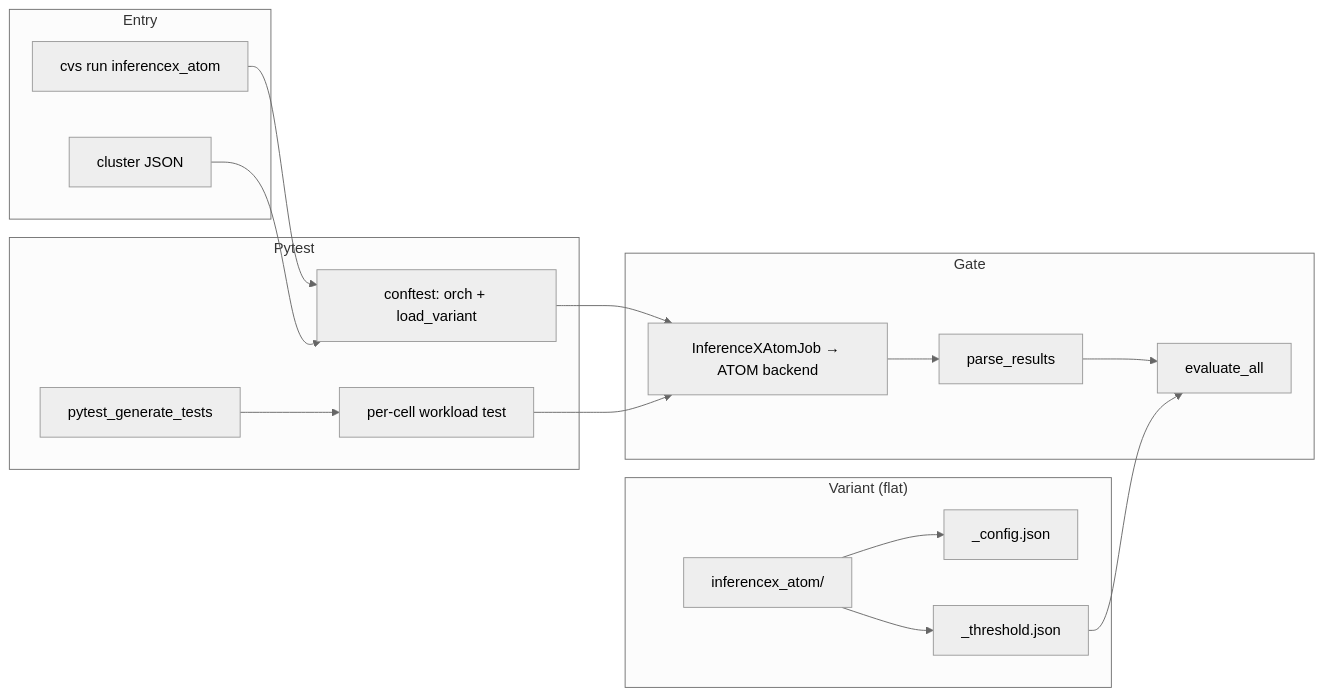
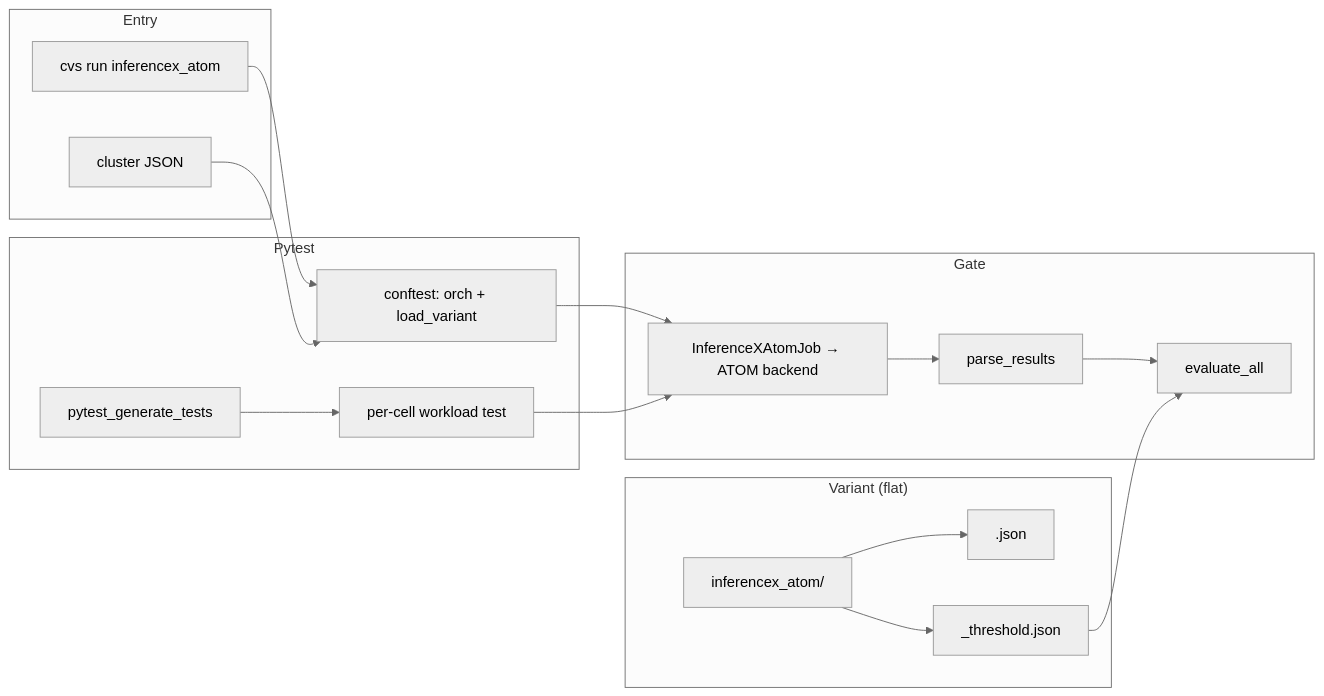
Before and after one commit to ROCm/cvs: the second of 8 diagrams in plans/inferencex-atom-cvs-automation-plan.md, drawn with Mermaid (neutral theme). The commit also changed other lines of this file and 15 other files, not shown here.

````diff
--- a/plans/inferencex-atom-cvs-automation-plan.md
+++ b/plans/inferencex-atom-cvs-automation-plan.md
@@ -181,32 +181,32 @@
 ```mermaid
 flowchart LR
   subgraph entry["Entry"]
     CLI["cvs run inferencex_atom"]
     CLUSTER["cluster JSON"]
   end
   subgraph variant["Variant (flat)"]
     DIR["inferencex_atom/"]
-    CONFIG["<stem>_config.json"]
+    CONFIG["<stem>.json"]
     THRESH["<stem>_threshold.json"]
   end
   subgraph pytest["Pytest"]
     CONFT["conftest: orch + load_variant"]
     GEN["pytest_generate_tests"]
     TEST["per-cell workload test"]
   end
   subgraph gate["Gate"]
     JOB["InferenceXAtomJob → ATOM backend"]
     PARSE["parse_results"]
     EVAL["evaluate_all"]
   end
   CLI --> CONFT
   CLUSTER --> CONFT
   DIR --> CONFIG
   DIR --> THRESH
   CONFT --> JOB
   GEN --> TEST
   TEST --> JOB
   JOB --> PARSE
   PARSE --> EVAL
   THRESH --> EVAL
 ```
````
